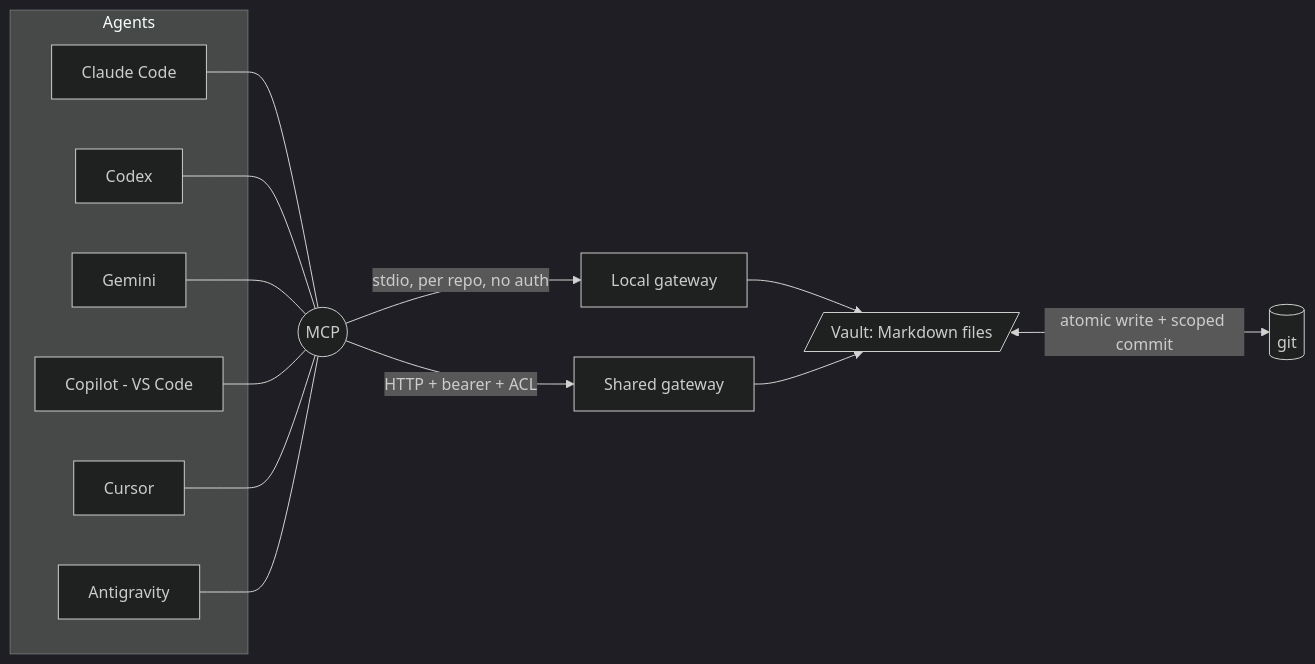
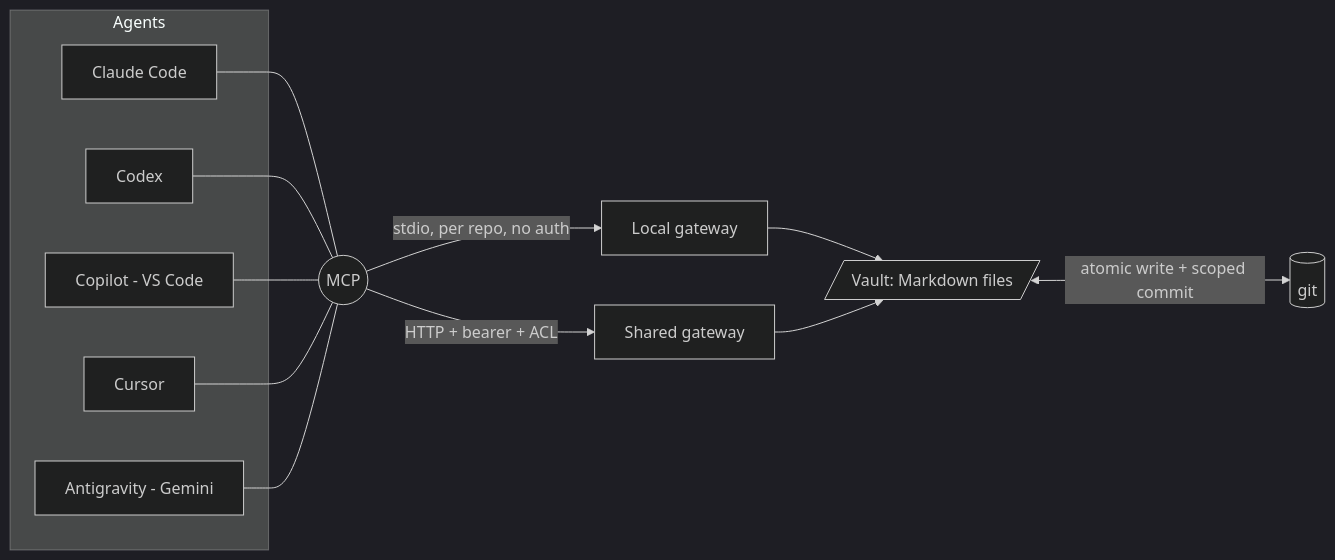
One commit to fszalaj/knowledge-gateway changed the first of 2 diagrams in README.md. Above: the diagram before and after it, drawn with Mermaid (dark theme). The commit also changed other lines of this file, not shown here.

Commit message:
docs: one client, not two - antigravity is the Gemini one
The architecture diagram listed Gemini and Antigravity as separate agents, which
reads as two integrations to maintain. Antigravity is the Google client; the
standalone gemini MCP it replaced is gone.

````diff
--- a/README.md
+++ b/README.md
@@ -23,22 +23,20 @@
 ```mermaid
 flowchart LR
     subgraph clients [Agents]
         A1[Claude Code]
         A2[Codex]
-        A3[Gemini]
-        A4[Copilot - VS Code]
-        A5[Cursor]
-        A6[Antigravity]
+        A3[Copilot - VS Code]
+        A4[Cursor]
+        A5[Antigravity - Gemini]
     end
     A1 --- M(( MCP ))
     A2 --- M
     A3 --- M
     A4 --- M
     A5 --- M
-    A6 --- M
     M -->|stdio, per repo, no auth| L[Local gateway]
     M -->|HTTP + bearer + ACL| S[Shared gateway]
     L --> V[/Vault: Markdown files/]
     S --> V
     V <-->|atomic write + scoped commit| G[(git)]
 ```
````
